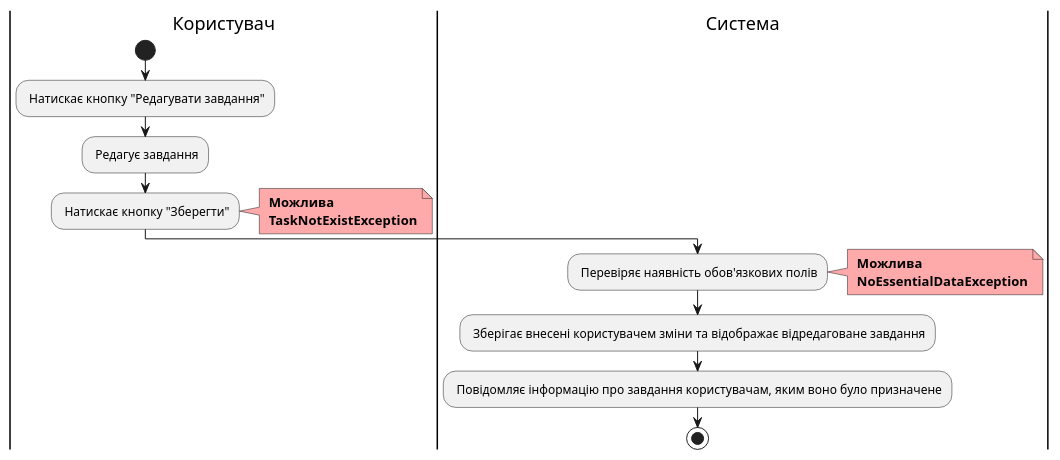
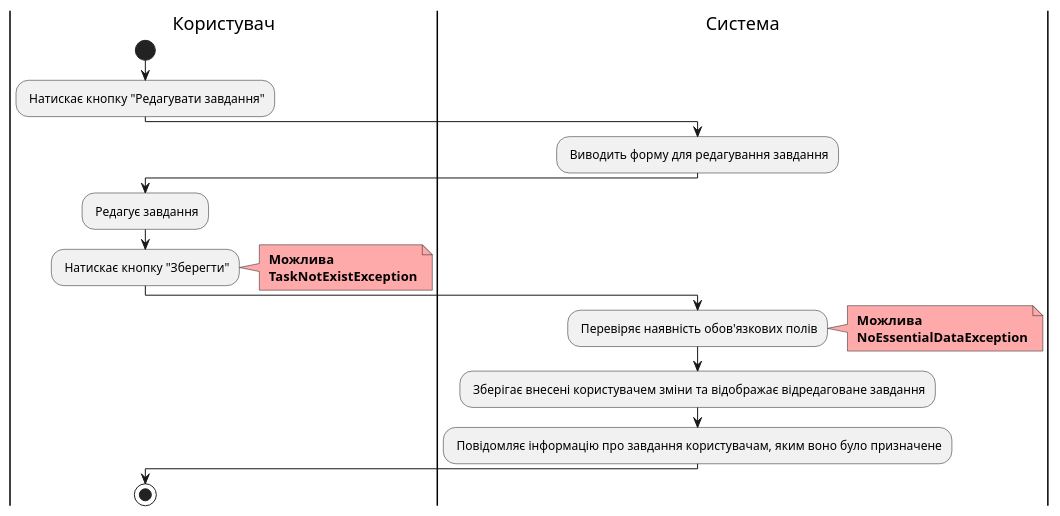
The tenth of 10 diagrams in docs/use cases/README.md (witchkaa/databases-course-work), drawn with PlantUML before and after one commit. The commit also changed other lines of this file, not shown here.

```diff
--- a/docs/use cases/README.md
+++ b/docs/use cases/README.md
@@ -362,24 +397,30 @@
 @startuml
 
     |Користувач|
     start;
     : Натискає кнопку "Редагувати завдання";
+
+     |Система|
+        : Виводить форму для редагування завдання;
+
+    |Користувач|
     : Редагує завдання;
     : Натискає кнопку "Зберегти";
     note right #ffaaaa
     <b> Можлива
     <b> TaskNotExistException
     end note
     
     
     |Система|
     : Перевіряє наявність обов'язкових полів;
     note right #ffaaaa
     <b> Можлива
     <b> NoEssentialDataException
     end note
     : Зберігає внесені користувачем зміни та відображає відредаговане завдання;
     : Повідомляє інформацію про завдання користувачам, яким воно було призначене;
-    stop;
 
+    |Користувач|
+        stop;
 @enduml
```
